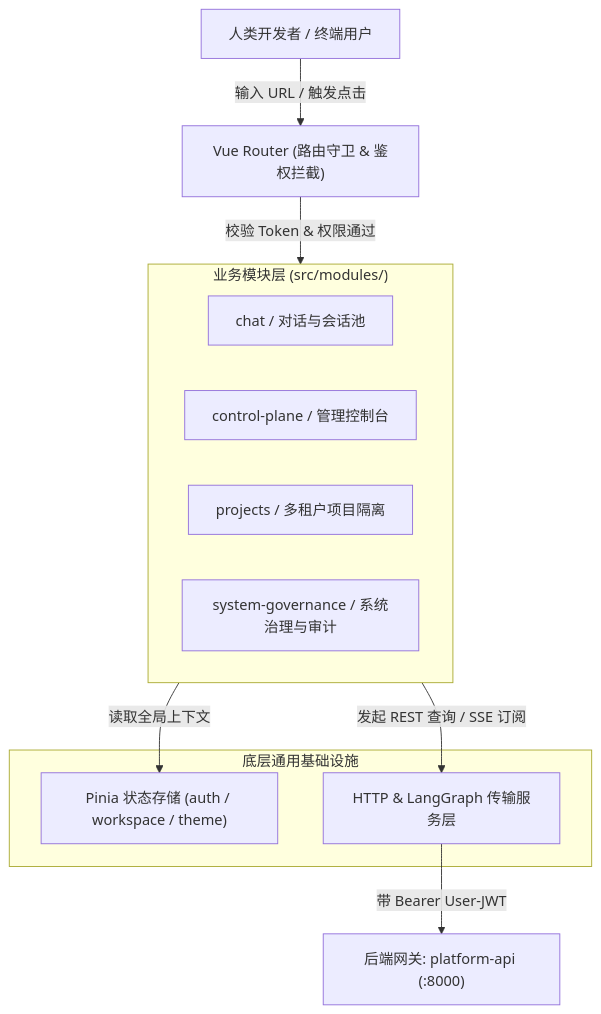
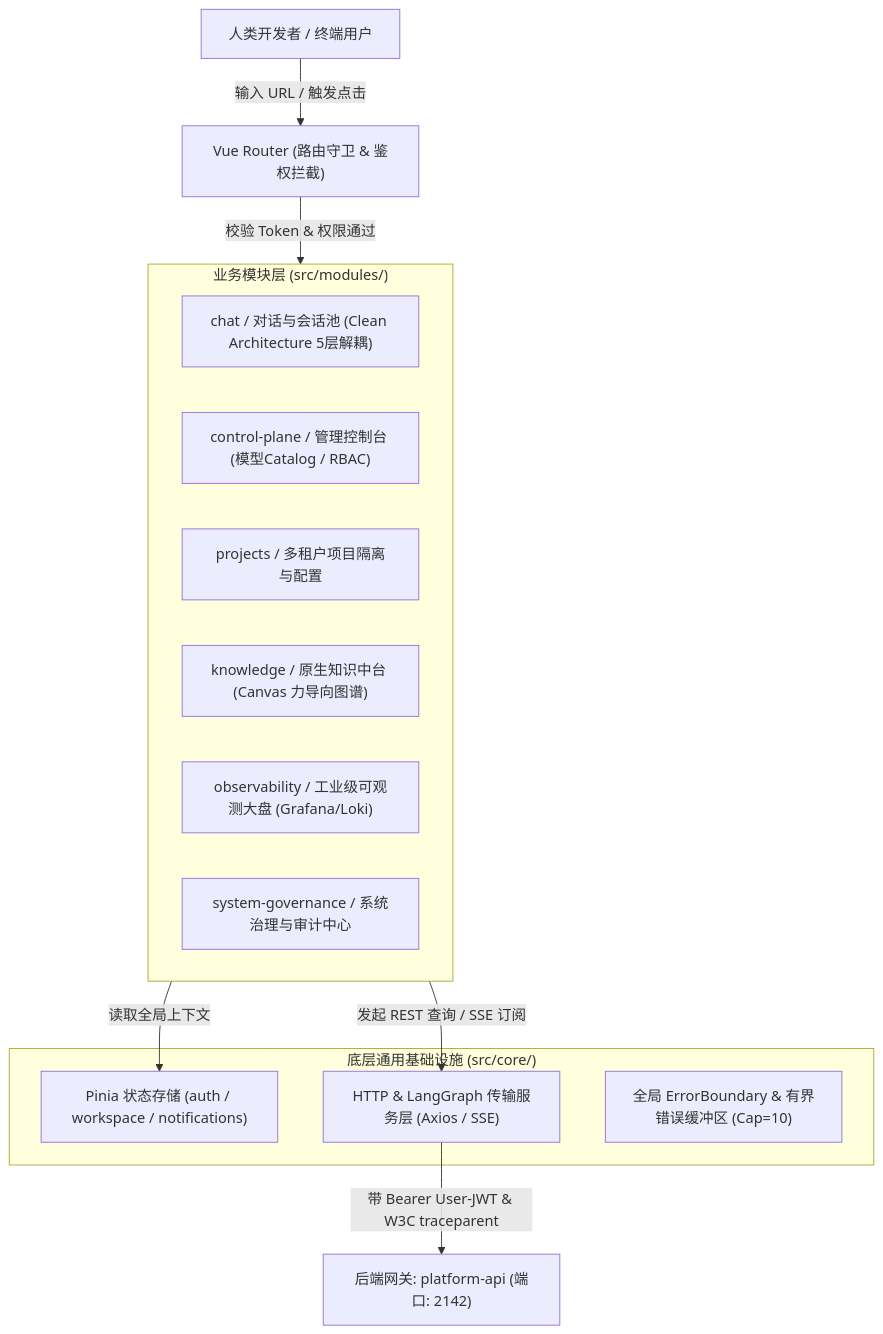
One commit to ljxpython/ai-agent-platform changed the first of 2 diagrams in docs/architecture/03-platform-web/01-architecture.md. Above: the diagram before and after it, drawn with Mermaid. The commit also changed other lines of this file and 33 other files, not shown here.

First line of the commit message:
docs(architecture): 全面同步 10 月份 52 项核心能力与架构技术资产

````diff
--- a/docs/architecture/03-platform-web/01-architecture.md
+++ b/docs/architecture/03-platform-web/01-architecture.md
@@ -26,25 +26,28 @@
 ```mermaid
 flowchart TD
     User["人类开发者 / 终端用户"]
     Router["Vue Router (路由守卫 & 鉴权拦截)"]
 
     subgraph Modules["业务模块层 (src/modules/)"]
-        M_Chat["chat / 对话与会话池"]
-        M_CP["control-plane / 管理控制台"]
-        M_Proj["projects / 多租户项目隔离"]
-        M_Gov["system-governance / 系统治理与审计"]
+        M_Chat["chat / 对话与会话池 (Clean Architecture 5层解耦)"]
+        M_CP["control-plane / 管理控制台 (模型Catalog / RBAC)"]
+        M_Proj["projects / 多租户项目隔离与配置"]
+        M_Knowledge["knowledge / 原生知识中台 (Canvas 力导向图谱)"]
+        M_Obs["observability / 工业级可观测大盘 (Grafana/Loki)"]
+        M_Gov["system-governance / 系统治理与审计中心"]
     end
 
-    subgraph Core["底层通用基础设施"]
-        Stores["Pinia 状态存储 (auth / workspace / theme)"]
-        Services["HTTP & LangGraph 传输服务层"]
+    subgraph Core["底层通用基础设施 (src/core/)"]
+        Stores["Pinia 状态存储 (auth / workspace / notifications)"]
+        Services["HTTP & LangGraph 传输服务层 (Axios / SSE)"]
+        ErrBoundary["全局 ErrorBoundary & 有界错误缓冲区 (Cap=10)"]
     end
 
-    API_Gateway["后端网关: platform-api (:8000)"]
+    API_Gateway["后端网关: platform-api (端口: 2142)"]
 
     User -->|"输入 URL / 触发点击"| Router
     Router -->|"校验 Token & 权限通过"| Modules
     Modules -->|"读取全局上下文"| Stores
     Modules -->|"发起 REST 查询 / SSE 订阅"| Services
-    Services -->|"带 Bearer User-JWT"| API_Gateway
+    Services -->|"带 Bearer User-JWT & W3C traceparent"| API_Gateway
 ```
````
